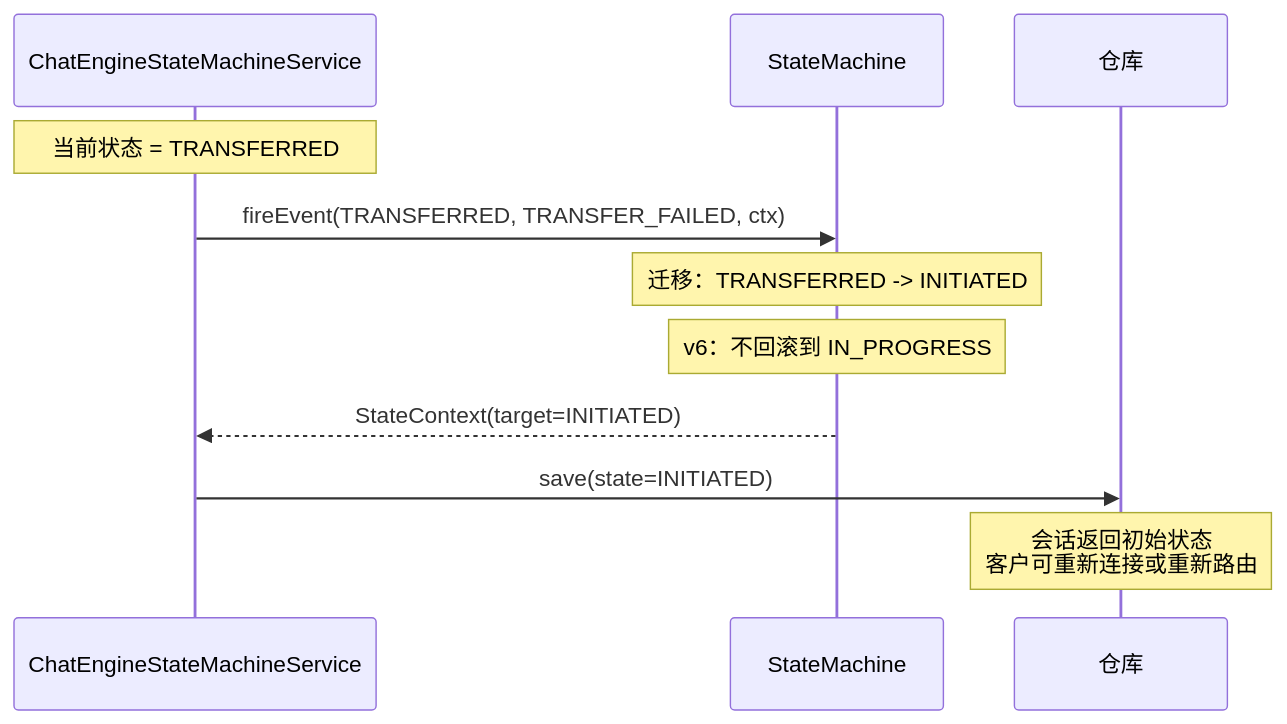
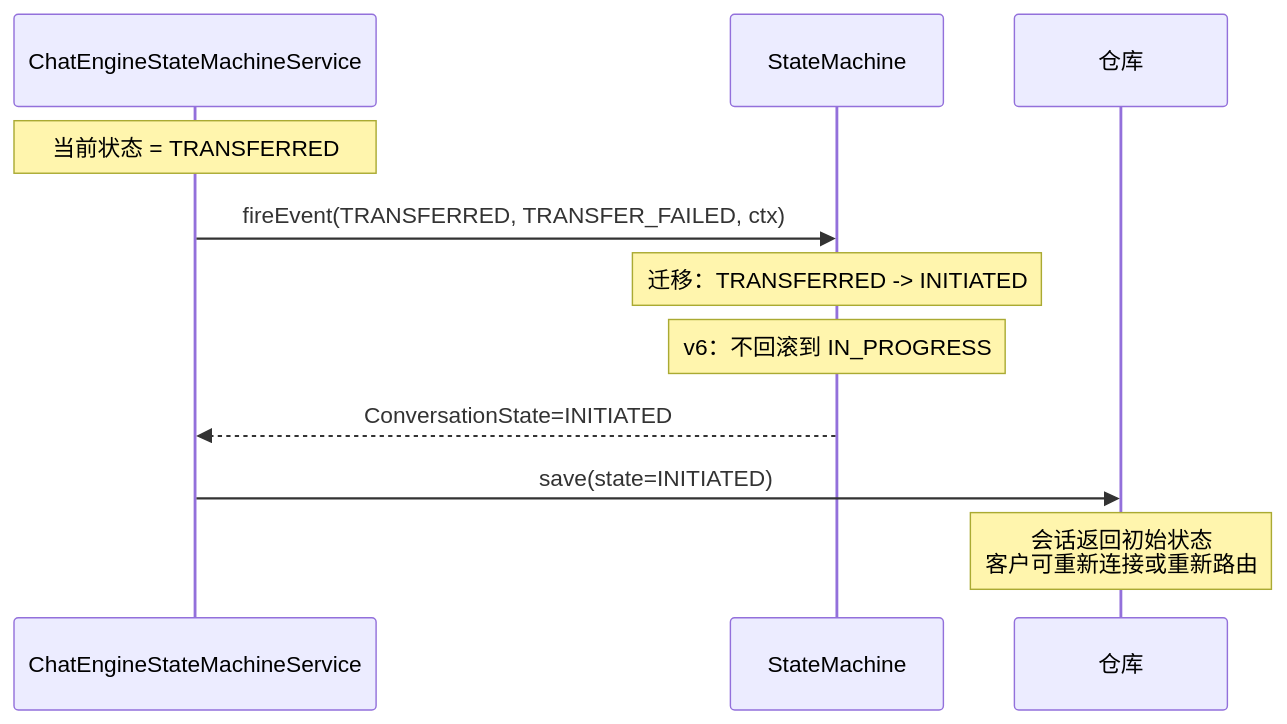
Before and after one commit to huangzhiqiu/ai-knowledge-design: the fifth of 5 diagrams in 08-Code/state-machine/docs/zh/02-CBOL-Business-Layer-Design.md, drawn with Mermaid. The commit also changed other lines of this file and 7 other files, not shown here.

````diff
--- a/08-Code/state-machine/docs/zh/02-CBOL-Business-Layer-Design.md
+++ b/08-Code/state-machine/docs/zh/02-CBOL-Business-Layer-Design.md
@@ -591,14 +593,14 @@
 ```mermaid
 sequenceDiagram
     participant Svc as ChatEngineStateMachineService
     participant SM as StateMachine
     participant Repo as 仓库
 
     Note over Svc: 当前状态 = TRANSFERRED
     Svc->>SM: fireEvent(TRANSFERRED, TRANSFER_FAILED, ctx)
     Note over SM: 迁移：TRANSFERRED -> INITIATED
     Note over SM: v6：不回滚到 IN_PROGRESS
-    SM-->>Svc: StateContext(target=INITIATED)
+    SM-->>Svc: ConversationState=INITIATED
     Svc->>Repo: save(state=INITIATED)
     Note over Repo: 会话返回初始状态<br/>客户可重新连接或重新路由
 ```
````
